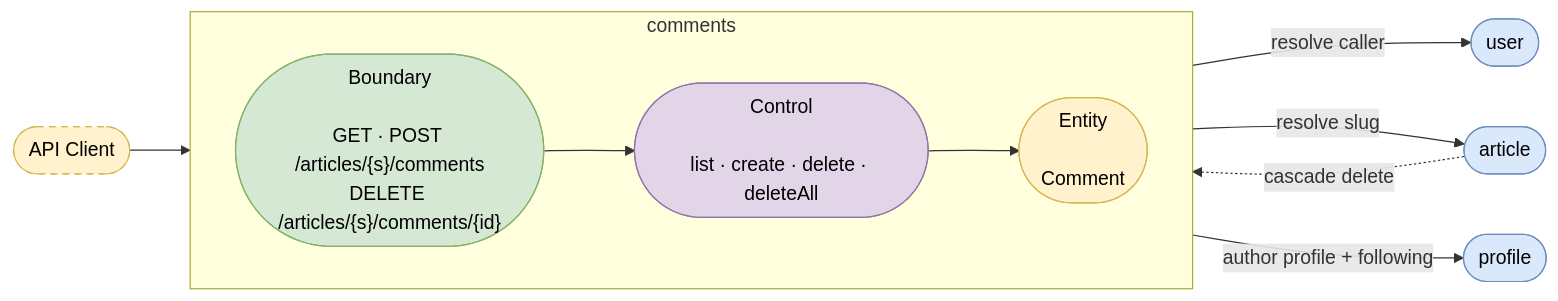
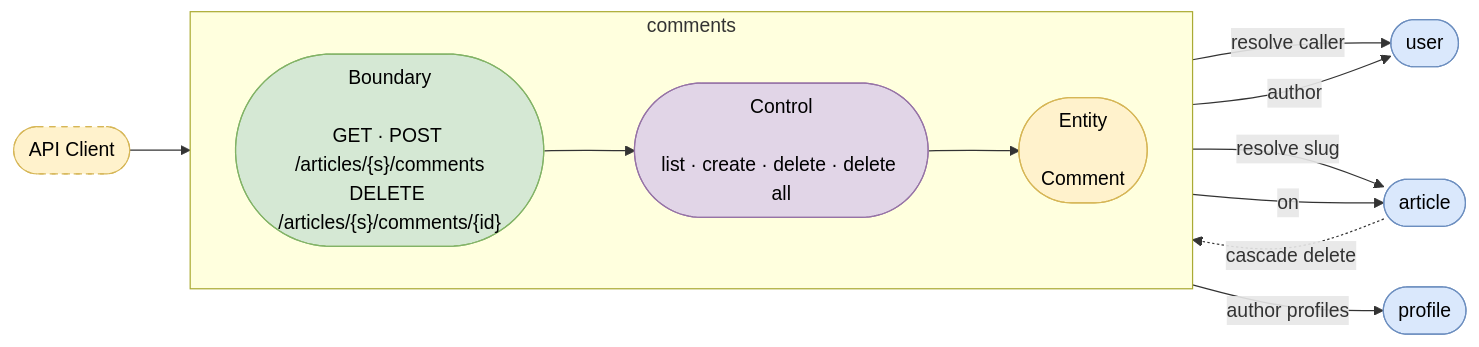
The sixth of 7 diagrams in README.md (dearrudam/sdd4j-realworld-api), drawn with Mermaid before and after one commit. The commit also changed other lines of this file, not shown here.

First line of the commit message:
docs(readme): correct per-bc diagram wiring

````diff
--- a/README.md
+++ b/README.md
@@ -160,24 +171,26 @@
 ```mermaid
 graph LR
     client([API Client])
     subgraph comments
         direction LR
-        b(["Boundary<br/><br/>GET · POST /articles/{s}/comments<br/>DELETE /articles/{s}/comments/{id}"]) --> c(["Control<br/><br/>list · create · delete · deleteAll"]) --> e(["Entity<br/><br/>Comment"])
+        b(["Boundary<br/><br/>GET · POST /articles/{s}/comments<br/>DELETE /articles/{s}/comments/{id}"]) --> c(["Control<br/><br/>list · create · delete · delete all"]) --> e(["Entity<br/><br/>Comment"])
     end
     client --> b
-    c -->|resolve caller| user([user])
+    b -->|resolve caller| user([user])
     c -->|resolve slug| article([article])
-    c -->|author profile + following| profile([profile])
+    c -->|author profiles| profile([profile])
+    e -->|author| user
+    e -->|on| article
     article -.->|cascade delete| c
 
     classDef ext fill:#fff2cc,stroke:#d6b656,color:#000,stroke-dasharray:5 5
     classDef boundary fill:#d5e8d4,stroke:#82b366,color:#000
     classDef control fill:#e1d5e7,stroke:#9673a6,color:#000
     classDef entity fill:#fff2cc,stroke:#d6b656,color:#000
     classDef bc fill:#dae8fc,stroke:#6c8ebf,color:#000
     class client ext
     class b boundary
     class c control
     class e entity
     class user,article,profile bc
 ```
````
